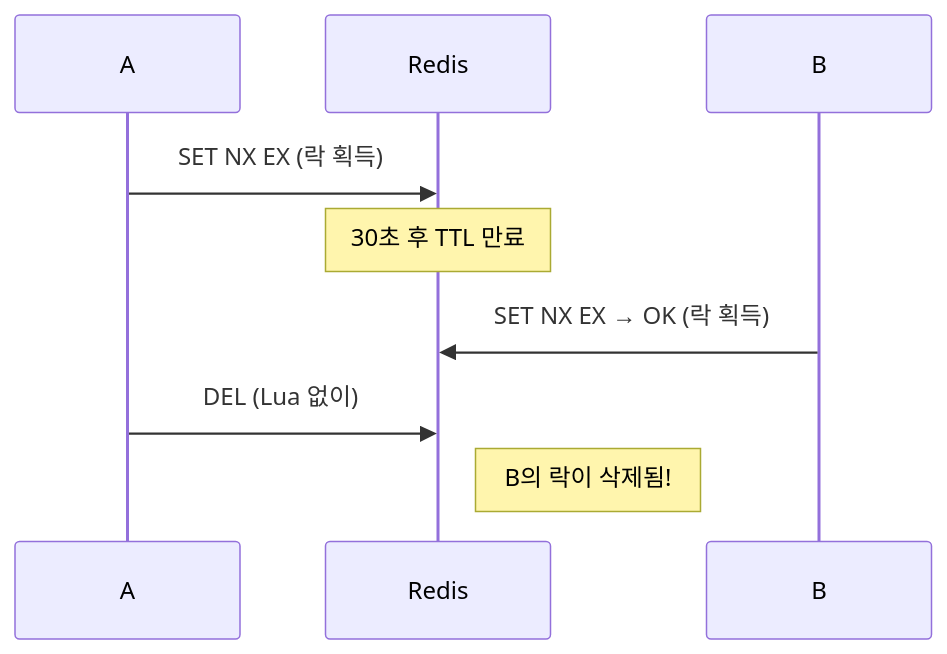
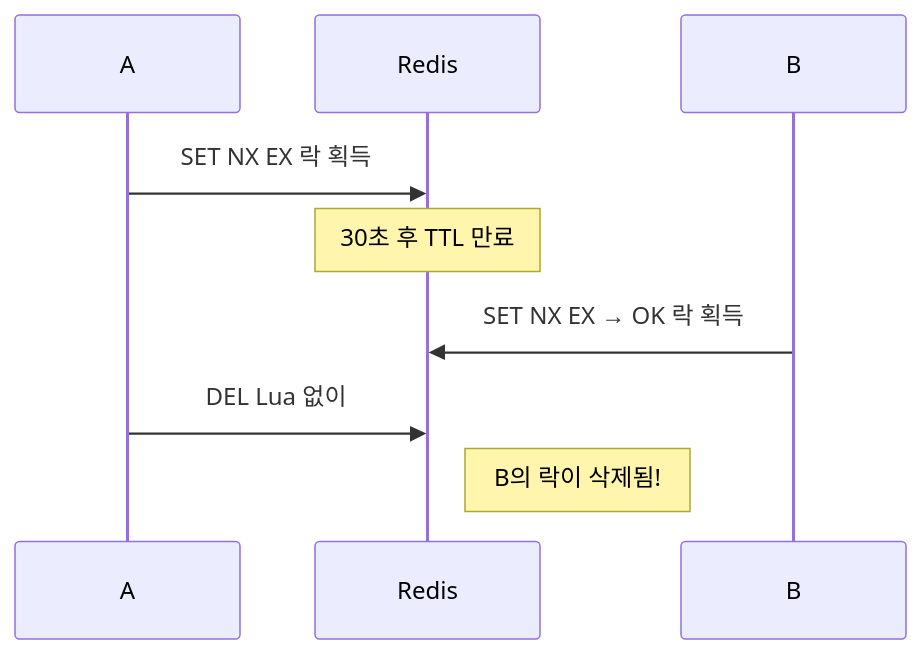
Before and after one commit to yjkim2015/yjkim2015.github.io: the tenth of 15 diagrams in _posts/redis/2026-05-01-redis-distributed-lock.md, drawn with Mermaid. The commit also changed other lines of this file and 85 other files, not shown here.

First line of the commit message:
sequenceDiagram 문법 에러 2차 수정 169개 (86파일)

````diff
--- a/_posts/redis/2026-05-01-redis-distributed-lock.md
+++ b/_posts/redis/2026-05-01-redis-distributed-lock.md
@@ -928,8 +928,8 @@
 ```mermaid
 sequenceDiagram
-    A->>Redis: SET NX EX (락 획득)
+    A->>Redis: SET NX EX 락 획득
     Note over Redis: 30초 후 TTL 만료
-    B->>Redis: SET NX EX → OK (락 획득)
-    A->>Redis: DEL (Lua 없이)
+    B->>Redis: SET NX EX → OK 락 획득
+    A->>Redis: DEL Lua 없이
     Note right of Redis: B의 락이 삭제됨!
 ```
````
